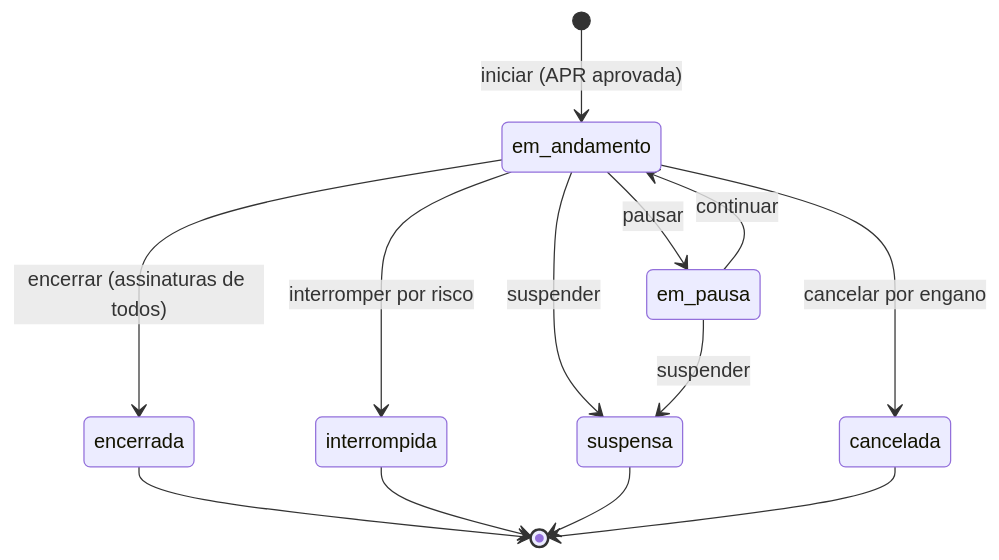
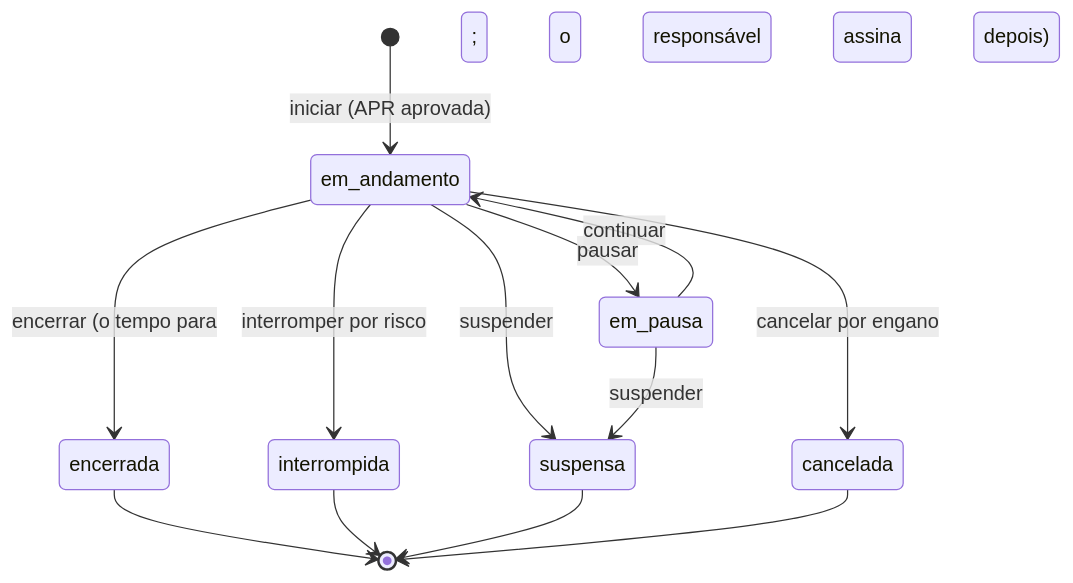
Before and after one commit to RenanFelliphe/D.A.P.R.O.M: the fourth of 4 diagrams in base/.design/especificacao.md, drawn with Mermaid. The commit also changed other lines of this file and 27 other files, not shown here.

````diff
--- a/base/.design/especificacao.md
+++ b/base/.design/especificacao.md
@@ -911,15 +933,15 @@
 ```mermaid
 stateDiagram-v2
   [*] --> em_andamento: iniciar (APR aprovada)
   em_andamento --> em_pausa: pausar
   em_pausa --> em_andamento: continuar
-  em_andamento --> encerrada: encerrar (assinaturas de todos)
+  em_andamento --> encerrada: encerrar (o tempo para; o responsável assina depois)
   em_andamento --> interrompida: interromper por risco
   em_andamento --> suspensa: suspender
   em_pausa --> suspensa: suspender
   em_andamento --> cancelada: cancelar por engano
   encerrada --> [*]
   interrompida --> [*]
   suspensa --> [*]
   cancelada --> [*]
 ```
````
